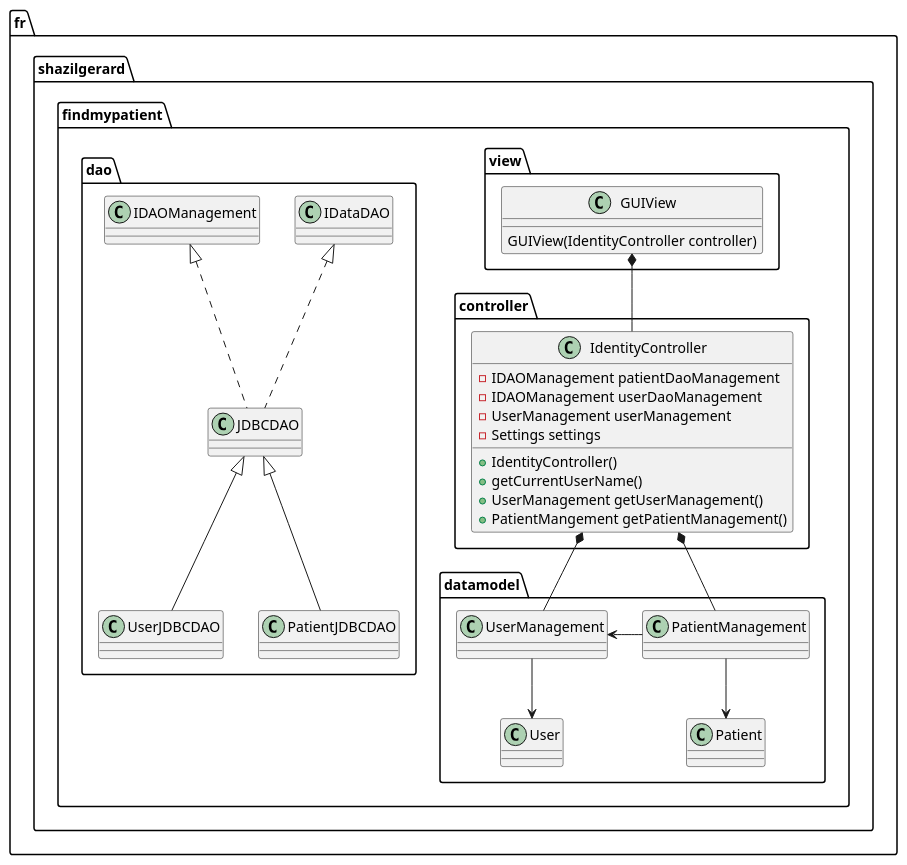
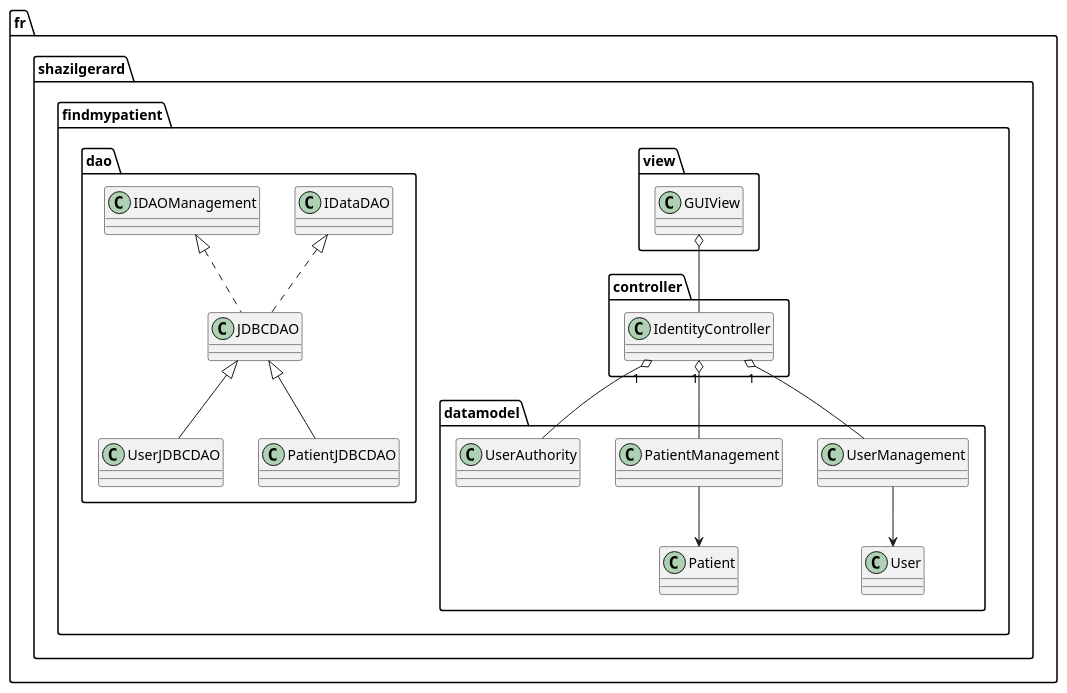
Before and after one commit to SupaGait/JavaProject_Fundamental_class: the diagram in Documentation/UML diagrams/Architecture.plantUml, drawn with PlantUML. The commit also changed 14 other files, not shown here.

First line of the commit message:
User management & authorization

```diff
--- a/Documentation/UML diagrams/Architecture.plantUml
+++ b/Documentation/UML diagrams/Architecture.plantUml
@@ -1,41 +1,40 @@
 @startuml
 
 package fr.shazilgerard.findmypatient.view {
-	class GUIView {
-		GUIView(IdentityController controller)
-	}
+	class GUIView
 }
 package fr.shazilgerard.findmypatient.controller {
-	class IdentityController{
-		- IDAOManagement patientDaoManagement
-		- IDAOManagement userDaoManagement
-		- UserManagement userManagement
-		- Settings settings
-		
-		+ IdentityController()
-		+ getCurrentUserName()
-		+ UserManagement getUserManagement()
-		+ PatientMangement getPatientManagement()
-	}
+	class IdentityController
 }
-package fr.shazilgerard.findmypatient.dao {
-	IDataDAO <|.. JDBCDAO  
-	IDAOManagement <|.. JDBCDAO
-	JDBCDAO <|-- UserJDBCDAO
-	JDBCDAO <|-- PatientJDBCDAO 
+package fr.shazilgerard.findmypatient.datamodel {
+	class User
+	class Patient
+	
+	class UserManagement
+	class PatientManagement
+	class UserAuthority
 }
 
-package fr.shazilgerard.findmypatient.datamodel {
-	UserManagement --> User
-	PatientManagement --> Patient
-	UserManagement <- PatientManagement
+package fr.shazilgerard.findmypatient.dao {
+	class IDataDAO  
+	class IDAOManagement
+	class JDBCDAO
+	class UserJDBCDAO
+	class PatientJDBCDAO 
 }
 
-IdentityController *-- UserManagement
-IdentityController *-- PatientManagement
+IDataDAO <|.. JDBCDAO  
+IDAOManagement <|.. JDBCDAO
+JDBCDAO <|-- UserJDBCDAO
+JDBCDAO <|-- PatientJDBCDAO 
+
+IdentityController "1" o-- UserManagement
+IdentityController "1" o-- PatientManagement
+IdentityController "1" o-- UserAuthority
+
+UserManagement --> User
+PatientManagement --> Patient
 	
-GUIView *-- IdentityController
-
-  
+GUIView o-- IdentityController
 
 @enduml
```
